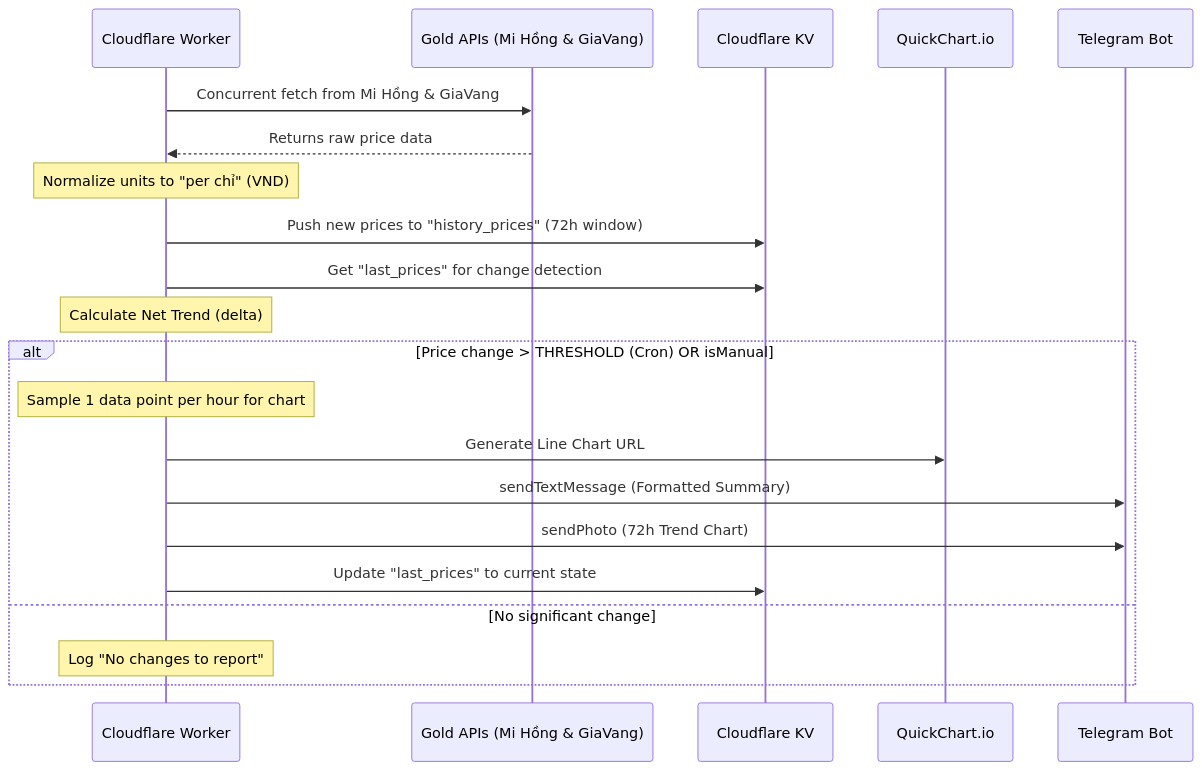
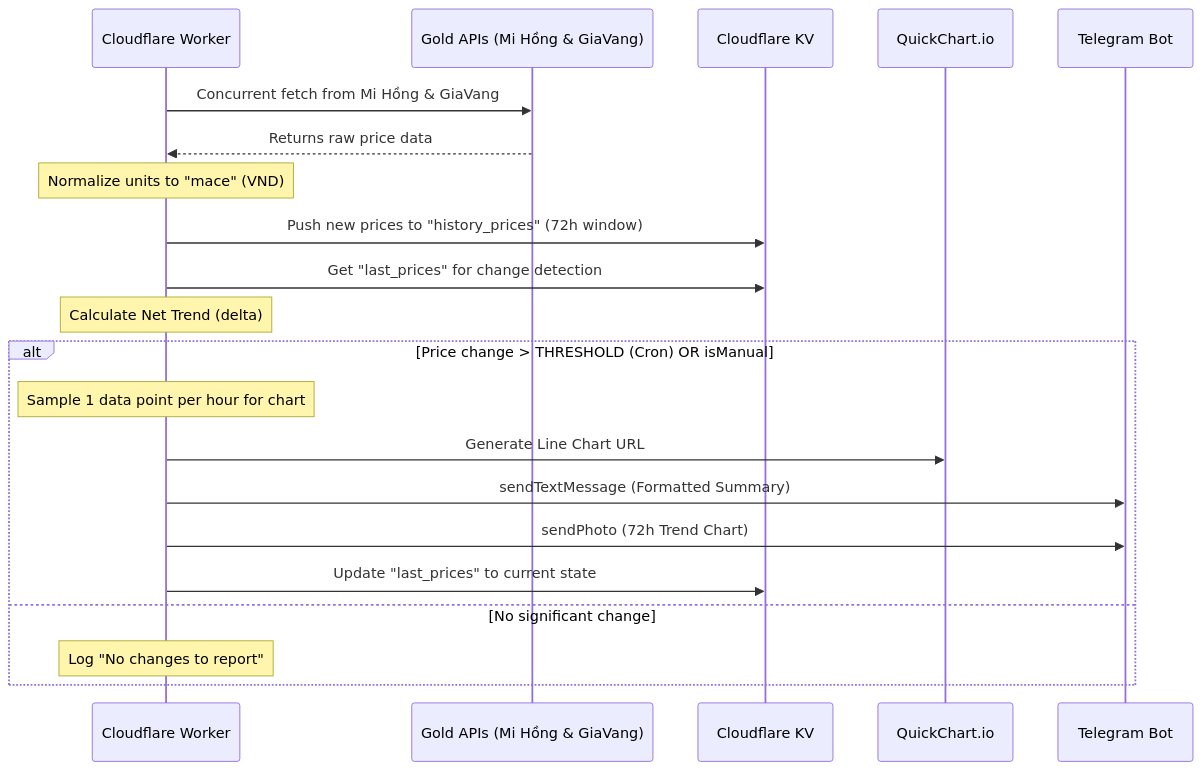
The diagram in docs/architecture.md (besanh/vn-gold-price-bot), drawn with Mermaid before and after one commit. The commit also changed other lines of this file and 2 other files, not shown here.

Commit message:
feat: Enhance gold price notification message formatting, standardize unit terminology to 'mace', and update KV namespace ID.

````diff
--- a/docs/architecture.md
+++ b/docs/architecture.md
@@ -20,28 +20,28 @@
 ```mermaid
 sequenceDiagram
     participant C as Cloudflare Worker
     participant API as Gold APIs (Mi Hồng & GiaVang)
     participant KV as Cloudflare KV
     participant QC as QuickChart.io
     participant TG as Telegram Bot
     
     C->>API: Concurrent fetch from Mi Hồng & GiaVang
     API-->>C: Returns raw price data
     
-    Note over C: Normalize units to "per chỉ" (VND)
+    Note over C: Normalize units to "mace" (VND)
     
     C->>KV: Push new prices to "history_prices" (72h window)
     C->>KV: Get "last_prices" for change detection
     
     Note over C: Calculate Net Trend (delta)
     
     ALT Price change > THRESHOLD (Cron) OR isManual
         Note over C: Sample 1 data point per hour for chart
         C->>QC: Generate Line Chart URL
         C->>TG: sendTextMessage (Formatted Summary)
         C->>TG: sendPhoto (72h Trend Chart)
         C->>KV: Update "last_prices" to current state
     ELSE No significant change
         Note over C: Log "No changes to report"
     END
 ```
````
